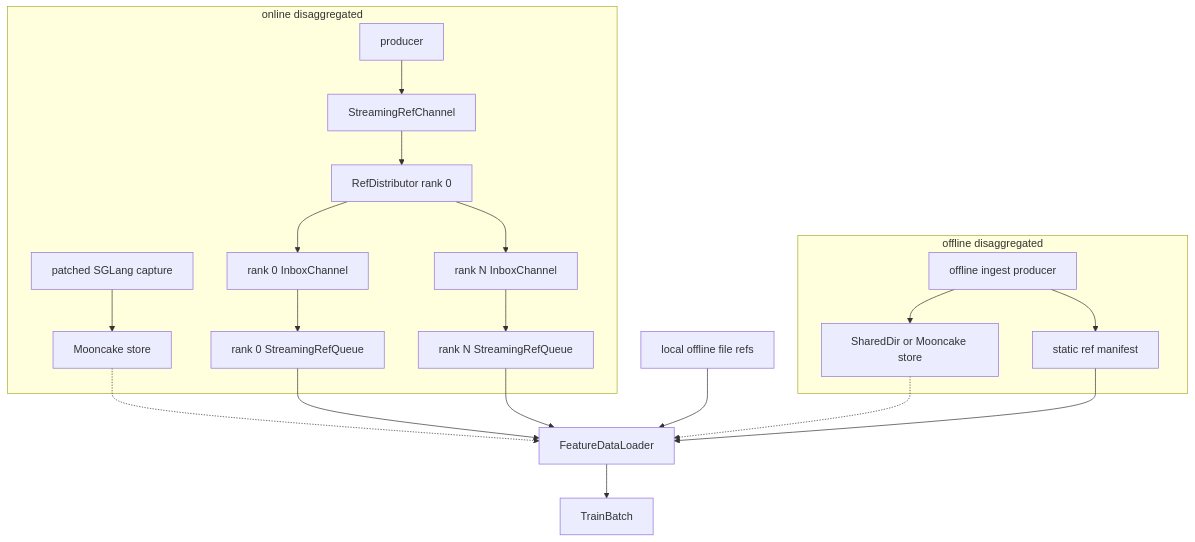
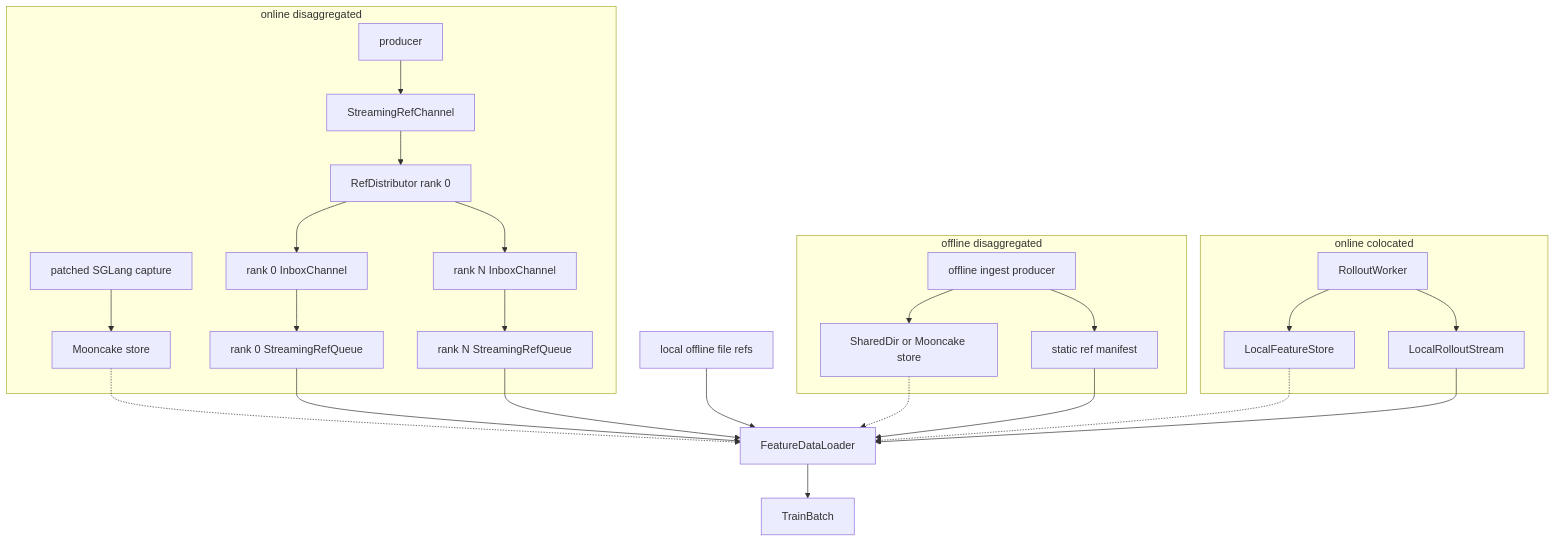
The diagram in specforge/runtime/data_plane/DESIGN.md (sgl-project/SpecForge), drawn with Mermaid before and after one commit. The commit also changed other lines of this file and 335 other files, not shown here.

````diff
--- a/specforge/runtime/data_plane/DESIGN.md
+++ b/specforge/runtime/data_plane/DESIGN.md
@@ -20,25 +20,32 @@
 ```mermaid
 flowchart TD
+  subgraph CO[online colocated]
+    CR[RolloutWorker] --> CLS[LocalFeatureStore]
+    CR --> LRS[LocalRolloutStream]
+  end
+
   subgraph DO[offline disaggregated]
     ING[offline ingest producer] --> DSTORE[SharedDir or Mooncake store]
     ING --> MAN[static ref manifest]
   end
 
   subgraph DON[online disaggregated]
     SGC[patched SGLang capture] --> MC[Mooncake store]
     OP[producer] --> SRC[StreamingRefChannel]
     SRC --> RD[RefDistributor rank 0]
     RD --> I0[rank 0 InboxChannel]
     RD --> IN[rank N InboxChannel]
     I0 --> Q0[rank 0 StreamingRefQueue]
     IN --> QN[rank N StreamingRefQueue]
   end
 
   OFF[local offline file refs] --> DL[FeatureDataLoader]
+  LRS --> DL
   MAN --> DL
   Q0 --> DL
   QN --> DL
+  CLS -.-> DL
   DSTORE -.-> DL
   MC -.-> DL
   DL --> TB[TrainBatch]
 ```
````
